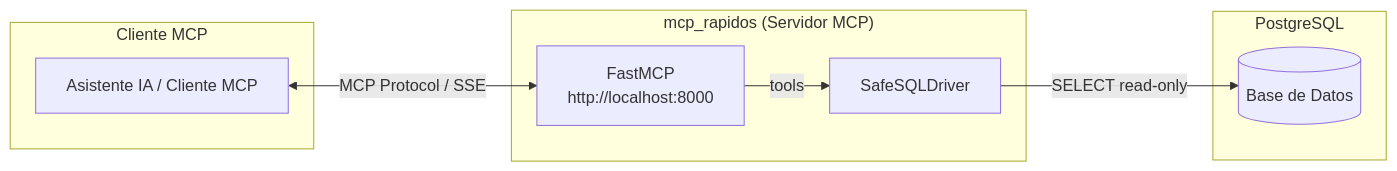
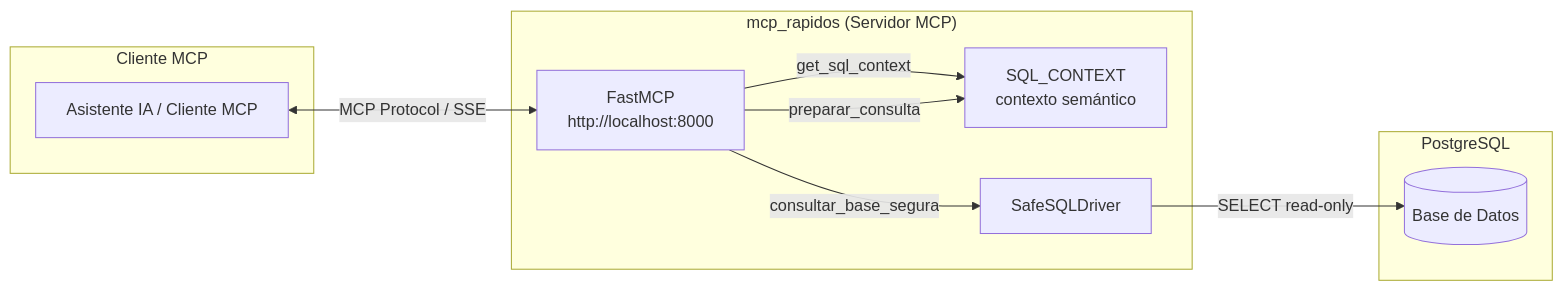
One commit to fxex/mcp changed the first of 4 diagrams in README.md. Above: the diagram before and after it, drawn with Mermaid. The commit also changed other lines of this file and 1 other file, not shown here.

````diff
--- a/README.md
+++ b/README.md
@@ -81,19 +78,22 @@
 ```mermaid
 flowchart LR
     subgraph Cliente MCP
         A[Asistente IA / Cliente MCP]
     end
 
     subgraph "mcp_rapidos (Servidor MCP)"
         B[FastMCP<br/>http://localhost:8000]
-        C[SafeSQLDriver]
+        C[SQL_CONTEXT<br/>contexto semántico]
+        D[SafeSQLDriver]
     end
 
     subgraph PostgreSQL
-        D[(Base de Datos)]
+        E[(Base de Datos)]
     end
 
     A <-->|MCP Protocol / SSE| B
-    B -->|tools| C
-    C -->|SELECT read-only| D
+    B -->|get_sql_context| C
+    B -->|preparar_consulta| C
+    B -->|consultar_base_segura| D
+    D -->|SELECT read-only| E
 ```
````
